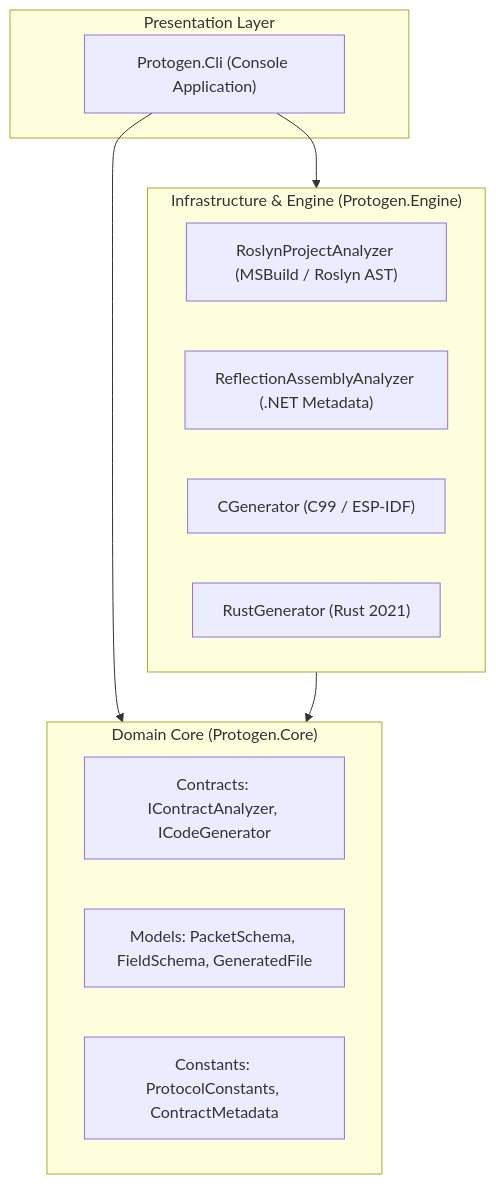
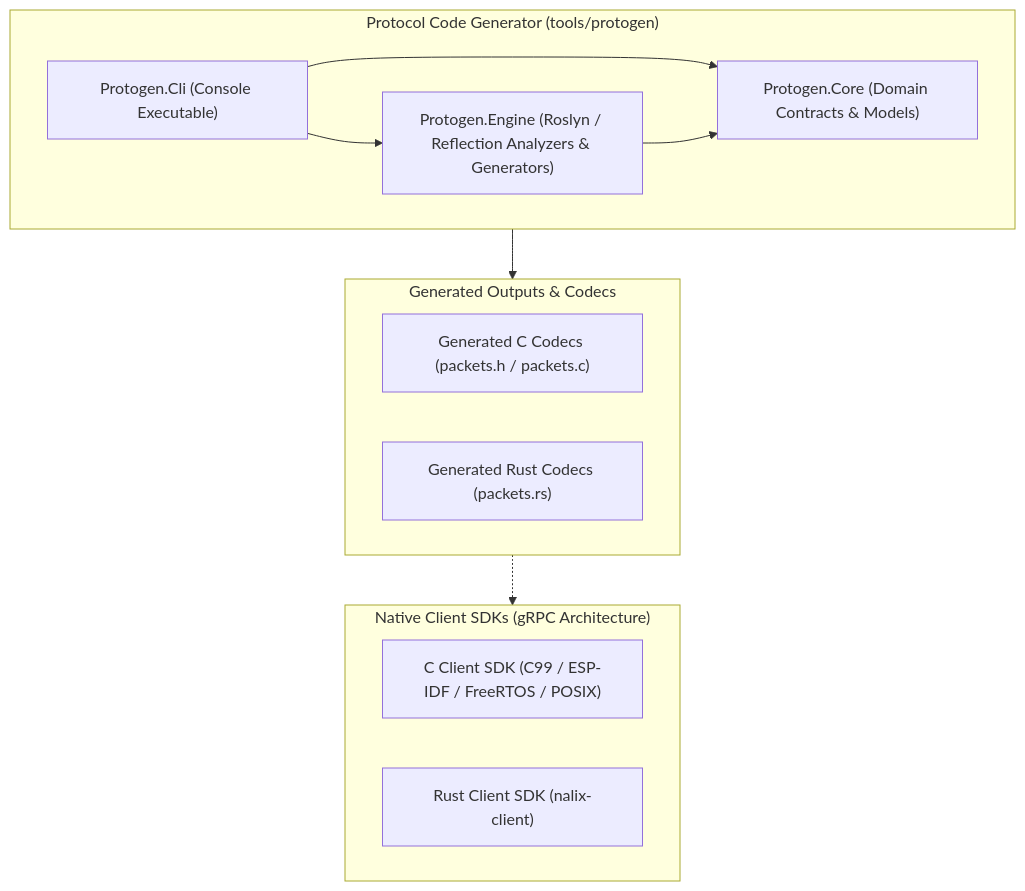
One commit to ppn-systems/nalix-native changed the diagram in docs/ARCHITECTURE.md. Above: the diagram before and after it, drawn with Mermaid. The commit also changed other lines of this file and 47 other files, not shown here.

Commit message:
refactor: reorganize monorepo to gRPC standard with client SDK architecture

````diff
--- a/docs/ARCHITECTURE.md
+++ b/docs/ARCHITECTURE.md
@@ -9,23 +11,24 @@
 ```mermaid
 graph TD
-    subgraph Presentation ["Presentation Layer"]
-        CLI["Protogen.Cli (Console Application)"]
+    subgraph Clients ["Native Client SDKs (gRPC Architecture)"]
+        ClientC["C Client SDK (C99 / ESP-IDF / FreeRTOS / POSIX)"]
+        ClientRust["Rust Client SDK (nalix-client)"]
     end
 
-    subgraph Core ["Domain Core (Protogen.Core)"]
-        Contracts["Contracts: IContractAnalyzer, ICodeGenerator"]
-        DomainModels["Models: PacketSchema, FieldSchema, GeneratedFile"]
-        Constants["Constants: ProtocolConstants, ContractMetadata"]
+    subgraph Tooling ["Protocol Code Generator (tools/protogen)"]
+        CLI["Protogen.Cli (Console Executable)"]
+        Core["Protogen.Core (Domain Contracts & Models)"]
+        Engine["Protogen.Engine (Roslyn / Reflection Analyzers & Generators)"]
+        CLI --> Core
+        CLI --> Engine
+        Engine --> Core
     end
 
-    subgraph Engine ["Infrastructure & Engine (Protogen.Engine)"]
-        RoslynAnalyzer["RoslynProjectAnalyzer (MSBuild / Roslyn AST)"]
-        ReflectionAnalyzer["ReflectionAssemblyAnalyzer (.NET Metadata)"]
-        CGen["CGenerator (C99 / ESP-IDF)"]
-        RustGen["RustGenerator (Rust 2021)"]
+    subgraph Outputs ["Generated Outputs & Codecs"]
+        CCodecs["Generated C Codecs (packets.h / packets.c)"]
+        RustCodecs["Generated Rust Codecs (packets.rs)"]
     end
 
-    CLI --> Core
-    CLI --> Engine
-    Engine --> Core
+    Tooling --> Outputs
+    Outputs -.-> Clients
 ```
````
